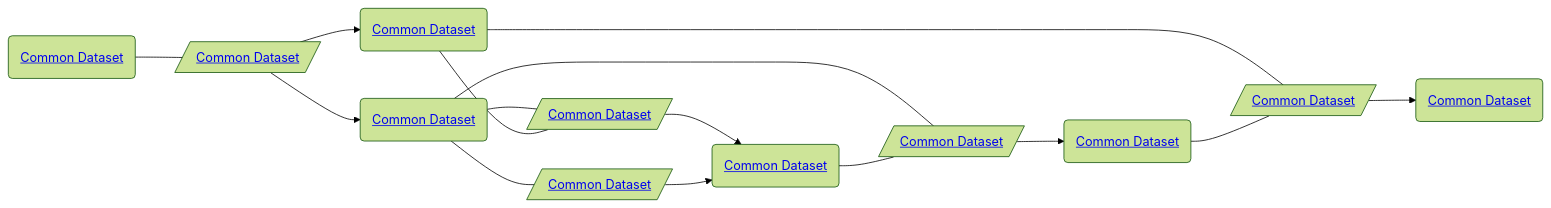
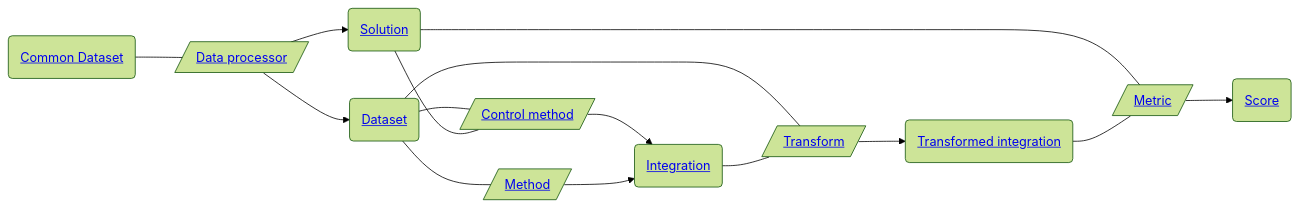
The diagram in README.md (openproblems-bio/task_batch_integration), drawn with Mermaid (forest theme) before and after one commit. The commit also changed 128 other files, not shown here.

````diff
--- a/README.md
+++ b/README.md
@@ -61,28 +61,28 @@
 ``` mermaid
 flowchart LR
   file_common_dataset("<a href='https://github.com/openproblems-bio/task_batch_integration#file-type-file-common-dataset'>Common Dataset</a>")
-  comp_process_dataset[/"<a href='https://github.com/openproblems-bio/task_batch_integration#file-type-file-common-dataset'>Common Dataset</a>"/]
-  file_dataset("<a href='https://github.com/openproblems-bio/task_batch_integration#file-type-file-common-dataset'>Common Dataset</a>")
-  file_solution("<a href='https://github.com/openproblems-bio/task_batch_integration#file-type-file-common-dataset'>Common Dataset</a>")
-  comp_control_method[/"<a href='https://github.com/openproblems-bio/task_batch_integration#file-type-file-common-dataset'>Common Dataset</a>"/]
-  comp_method[/"<a href='https://github.com/openproblems-bio/task_batch_integration#file-type-file-common-dataset'>Common Dataset</a>"/]
-  comp_transformer[/"<a href='https://github.com/openproblems-bio/task_batch_integration#file-type-file-common-dataset'>Common Dataset</a>"/]
-  comp_metric[/"<a href='https://github.com/openproblems-bio/task_batch_integration#file-type-file-common-dataset'>Common Dataset</a>"/]
-  file_integrated("<a href='https://github.com/openproblems-bio/task_batch_integration#file-type-file-common-dataset'>Common Dataset</a>")
-  file_integrated_full("<a href='https://github.com/openproblems-bio/task_batch_integration#file-type-file-common-dataset'>Common Dataset</a>")
-  file_score("<a href='https://github.com/openproblems-bio/task_batch_integration#file-type-file-common-dataset'>Common Dataset</a>")
+  comp_process_dataset[/"<a href='https://github.com/openproblems-bio/task_batch_integration#component-type-comp-process-dataset'>Data processor</a>"/]
+  file_dataset("<a href='https://github.com/openproblems-bio/task_batch_integration#file-type-file-dataset'>Dataset</a>")
+  file_solution("<a href='https://github.com/openproblems-bio/task_batch_integration#file-type-file-solution'>Solution</a>")
+  comp_control_method[/"<a href='https://github.com/openproblems-bio/task_batch_integration#component-type-comp-control-method'>Control method</a>"/]
+  comp_method[/"<a href='https://github.com/openproblems-bio/task_batch_integration#component-type-comp-method'>Method</a>"/]
+  comp_transformer[/"<a href='https://github.com/openproblems-bio/task_batch_integration#component-type-comp-transformer'>Transform</a>"/]
+  comp_metric[/"<a href='https://github.com/openproblems-bio/task_batch_integration#component-type-comp-metric'>Metric</a>"/]
+  file_integrated("<a href='https://github.com/openproblems-bio/task_batch_integration#file-type-file-integrated'>Integration</a>")
+  file_integrated_full("<a href='https://github.com/openproblems-bio/task_batch_integration#file-type-file-integrated-full'>Transformed integration</a>")
+  file_score("<a href='https://github.com/openproblems-bio/task_batch_integration#file-type-file-score'>Score</a>")
   file_common_dataset---comp_process_dataset
   comp_process_dataset-->file_dataset
   comp_process_dataset-->file_solution
   file_dataset---comp_control_method
   file_dataset---comp_method
   file_dataset---comp_transformer
   file_solution---comp_control_method
   file_solution---comp_metric
   comp_control_method-->file_integrated
   comp_method-->file_integrated
   comp_transformer-->file_integrated_full
   comp_metric-->file_score
   file_integrated---comp_transformer
   file_integrated_full---comp_metric
 ```
````
